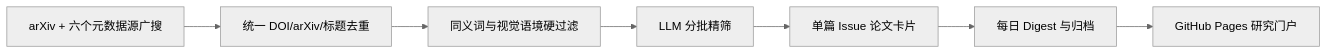
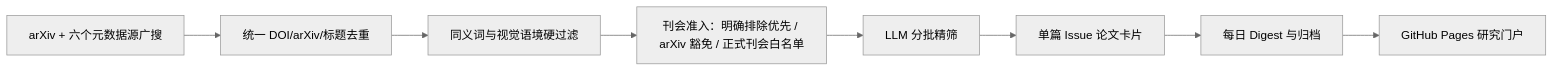
Before and after one commit to zitalk/PaperClaw: the diagram in README.md, drawn with Mermaid (neutral theme). The commit also changed other lines of this file and 15 other files, not shown here.

````diff
--- a/README.md
+++ b/README.md
@@ -51,9 +51,10 @@
 ```mermaid
 flowchart LR
     A[arXiv + 六个元数据源广搜] --> B[统一 DOI/arXiv/标题去重]
     B --> C[同义词与视觉语境硬过滤]
-    C --> D[LLM 分批精筛]
+    C --> V[刊会准入：明确排除优先 / arXiv 豁免 / 正式刊会白名单]
+    V --> D[LLM 分批精筛]
     D --> E[单篇 Issue 论文卡片]
     E --> F[每日 Digest 与归档]
     F --> G[GitHub Pages 研究门户]
 ```
````
